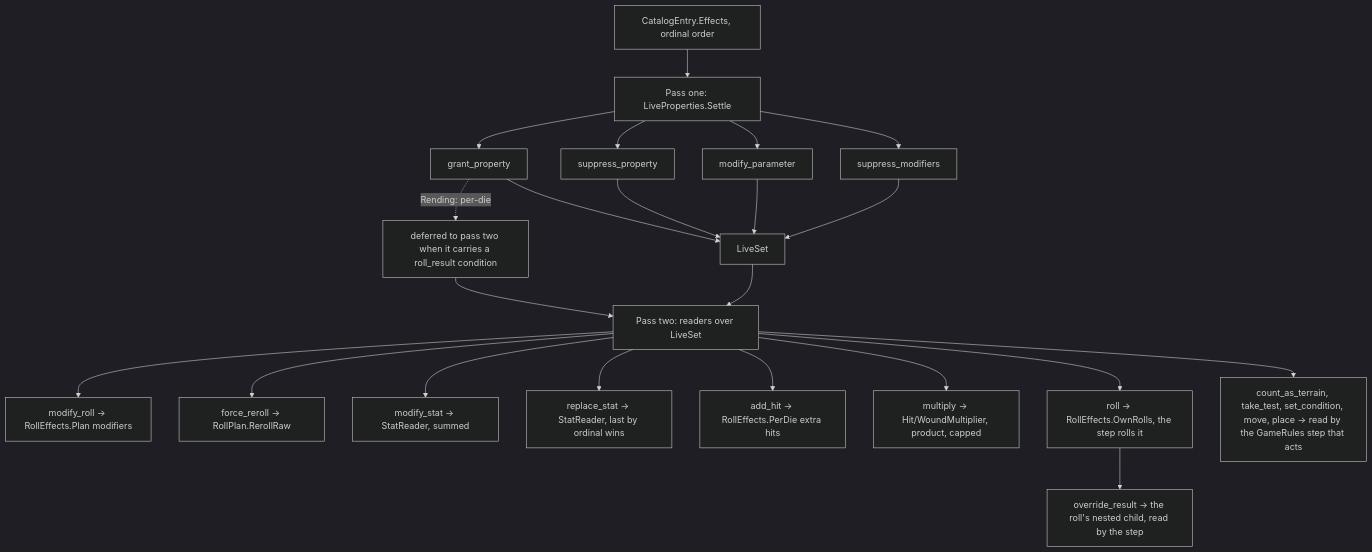
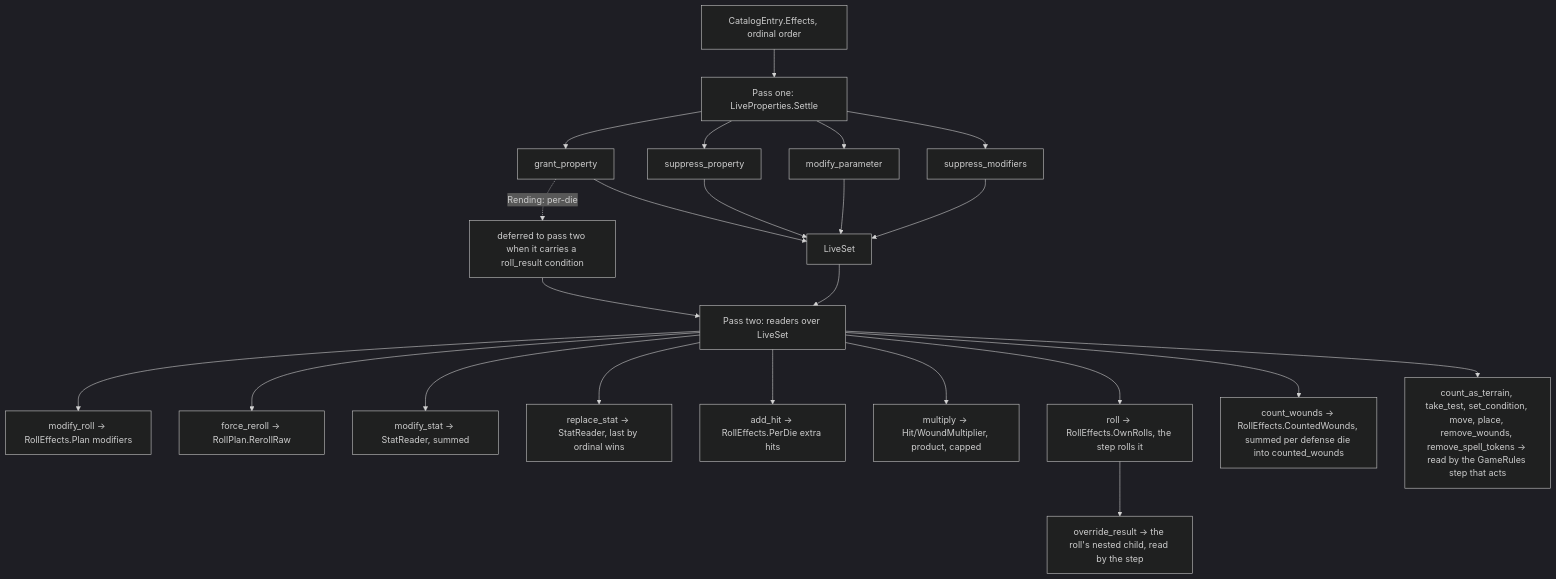
Before and after one commit to cstupi/tabletop: the diagram in docs/design/interpreter/effect-grammar.md, drawn with Mermaid (dark theme). The commit also changed other lines of this file and 11 other files, not shown here.

First line of the commit message:
Design docs and schema state the twenty kinds, the held once grants, Parry, Brace and the new grammar fields

````diff
--- a/docs/design/interpreter/effect-grammar.md
+++ b/docs/design/interpreter/effect-grammar.md
@@ -109,43 +110,45 @@
 ```mermaid
 flowchart TD
     entry["CatalogEntry.Effects, ordinal order"]
     p1["Pass one: LiveProperties.Settle"]
     g["grant_property"]
     s["suppress_property"]
     mp["modify_parameter"]
     sm["suppress_modifiers"]
     ls["LiveSet"]
     p2["Pass two: readers over LiveSet"]
     mr["modify_roll -> RollEffects.Plan modifiers"]
     fr["force_reroll -> RollPlan.RerollRaw"]
     ms["modify_stat -> StatReader, summed"]
     rs["replace_stat -> StatReader, last by ordinal wins"]
     ah["add_hit -> RollEffects.PerDie extra hits"]
     mu["multiply -> Hit/WoundMultiplier, product, capped"]
     ro["roll -> RollEffects.OwnRolls, the step rolls it"]
     ovr["override_result -> the roll's nested child, read by the step"]
-    steps["count_as_terrain, take_test, set_condition, move, place -> read by the GameRules step that acts"]
+    cw["count_wounds -> RollEffects.CountedWounds, summed per defense die into counted_wounds"]
+    steps["count_as_terrain, take_test, set_condition, move, place, remove_wounds, remove_spell_tokens -> read by the GameRules step that acts"]
     defer["deferred to pass two when it carries a roll_result condition"]
 
     entry --> p1
     p1 --> g
     p1 --> s
     p1 --> mp
     p1 --> sm
     g --> ls
     s --> ls
     mp --> ls
     sm --> ls
     g -. "Rending: per-die" .-> defer
     defer --> p2
     ls --> p2
     p2 --> mr
     p2 --> fr
     p2 --> ms
     p2 --> rs
     p2 --> ah
     p2 --> mu
     p2 --> ro
+    p2 --> cw
     ro --> ovr
     p2 --> steps
 ```
````
